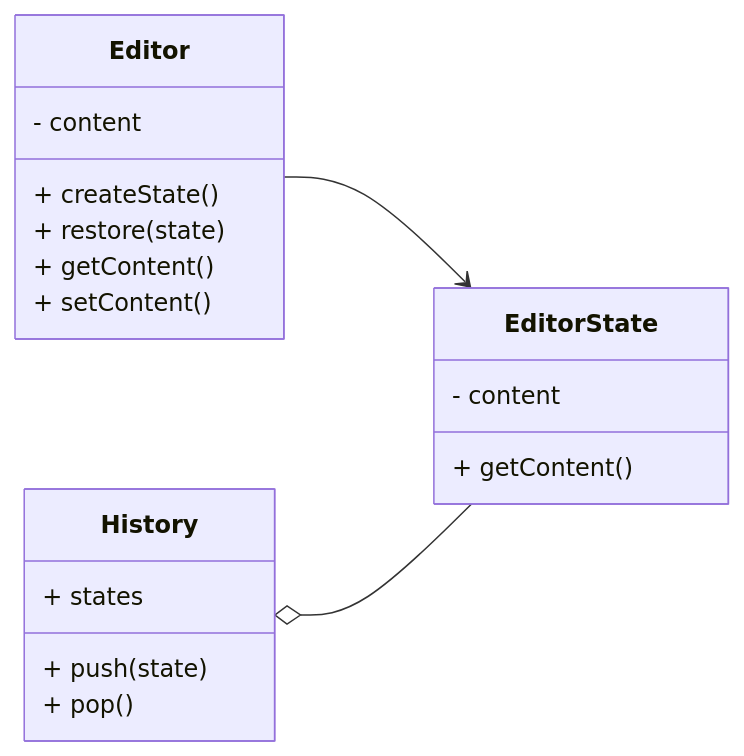
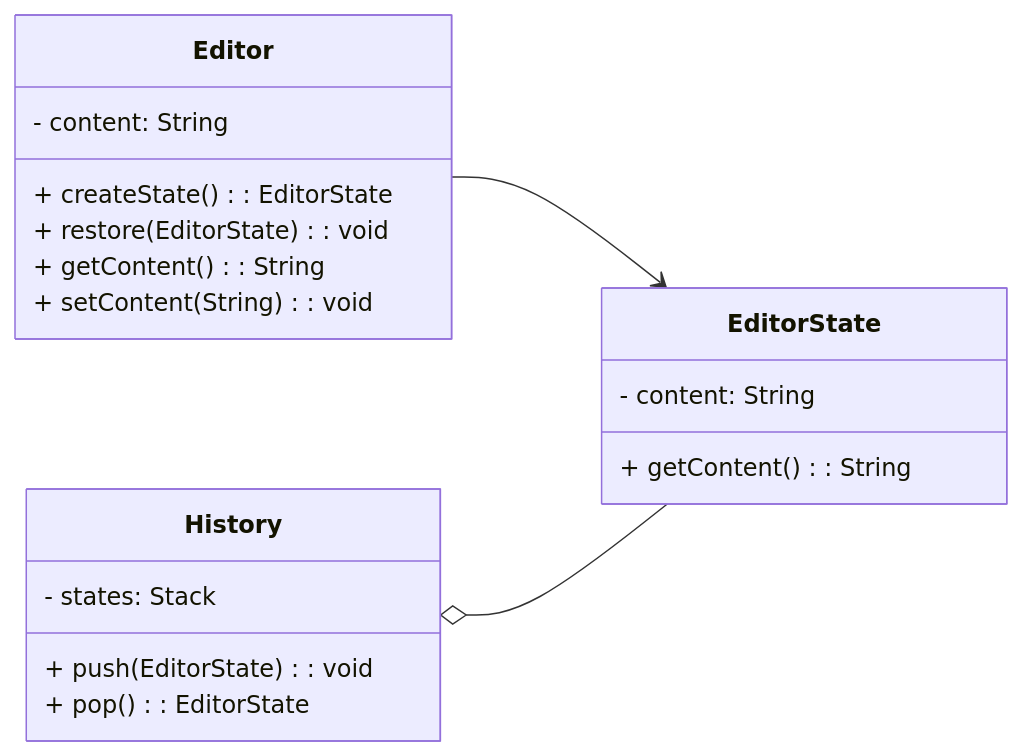
One commit to bidursapkota00/Design-Patterns changed the sixth of 13 diagrams in README.md. Above: the diagram before and after it, drawn with Mermaid. The commit also changed other lines of this file, not shown here.

````diff
--- a/README.md
+++ b/README.md
@@ -165,26 +165,26 @@
 ```mermaid
 %%{init: { "flowchart": { "rankSpacing": 100, "nodeSpacing": 100 }}}%%
 classDiagram
 direction LR
 class Editor {
-    - content
-    + createState()
-    + restore(state)
-    + getContent()
-    + setContent()
+    - content: String
+    + createState(): EditorState
+    + restore(EditorState): void
+    + getContent(): String
+    + setContent(String): void
 }
 
 class EditorState {
-    - content
-    + getContent()
+    - content: String
+    + getContent(): String
 }
 
 class History {
-    + states
-    + push(state)
-    + pop()
+    - states: Stack
+    + push(EditorState): void
+    + pop(): EditorState
 }
 
 Editor  -->  EditorState
 History o-- EditorState
 ```
````
